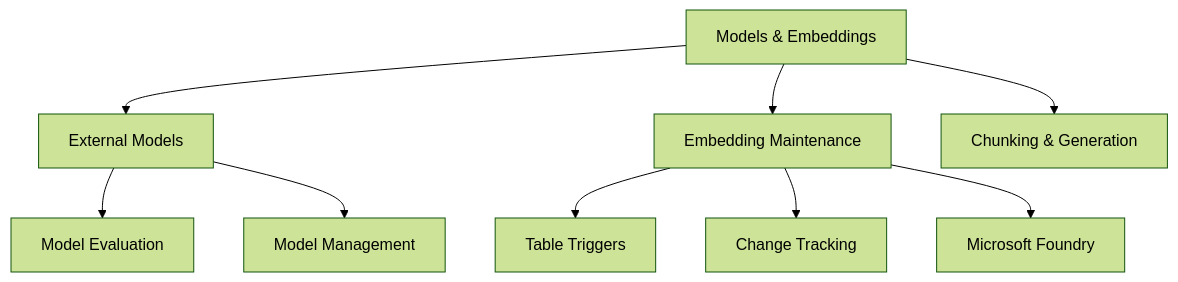
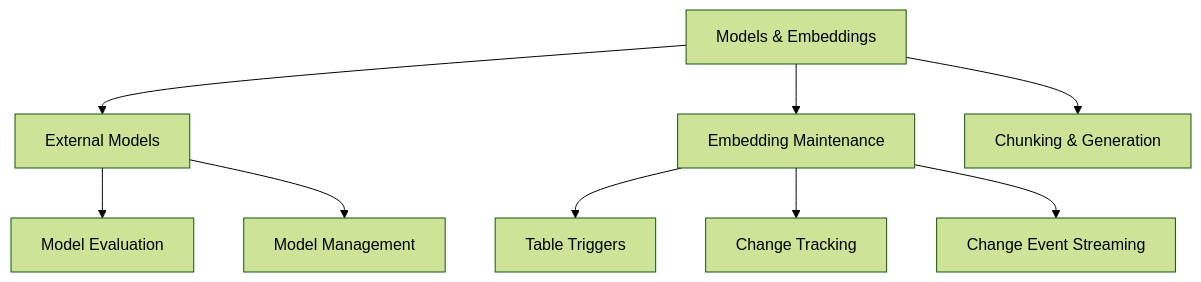
Before and after one commit to jucelinoss/dp-800-study-guide: the second of 2 diagrams in certification/09-models-embeddings/models-embeddings.md, drawn with Mermaid (forest theme). The commit also changed other lines of this file and 12 other files, not shown here.

````diff
--- a/certification/09-models-embeddings/models-embeddings.md
+++ b/certification/09-models-embeddings/models-embeddings.md
@@ -45,11 +45,11 @@
 ```mermaid
 flowchart TD
     ME[Models & Embeddings] --> Models[External Models]
     ME --> Maintenance[Embedding Maintenance]
     ME --> Chunking[Chunking & Generation]
     Models --> Eval[Model Evaluation]
     Models --> Manage[Model Management]
     Maintenance --> Triggers[Table Triggers]
     Maintenance --> CT[Change Tracking]
-    Maintenance --> Foundry[Microsoft Foundry]
+    Maintenance --> CES[Change Event Streaming]
 ```
````
